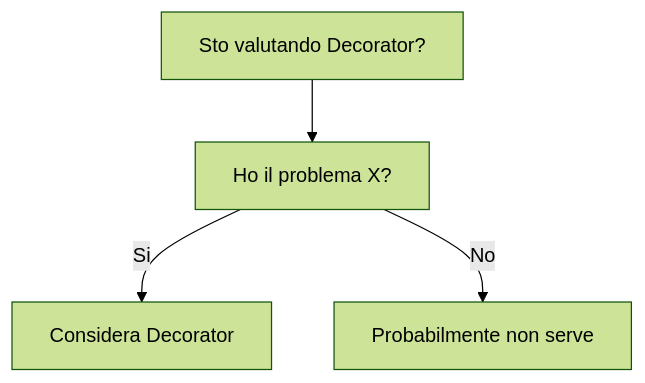
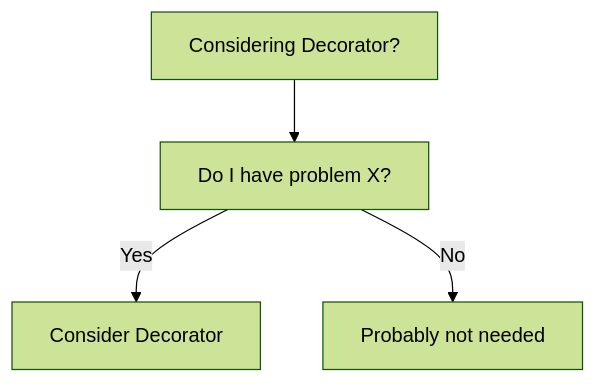
The diagram in dev-wiki/03_Design_Patterns/Structural/Decorator/When_To_Use.md (HxT9/Software-Dev-Wiki), drawn with Mermaid (forest theme) before and after one commit. The commit also changed other lines of this file and 3444 other files, not shown here.

````diff
--- a/dev-wiki/03_Design_Patterns/Structural/Decorator/When_To_Use.md
+++ b/dev-wiki/03_Design_Patterns/Structural/Decorator/When_To_Use.md
@@ -19,6 +19,6 @@
 ```mermaid
 flowchart TD
-  Q[Sto valutando Decorator?] --> Q1[Ho il problema X?]
-  Q1 -->|Si| OK[Considera Decorator]
-  Q1 -->|No| NO[Probabilmente non serve]
+  Q[Considering Decorator?] --> Q1[Do I have problem X?]
+  Q1 -->|Yes| OK[Consider Decorator]
+  Q1 -->|No| NO[Probably not needed]
 ```
````
